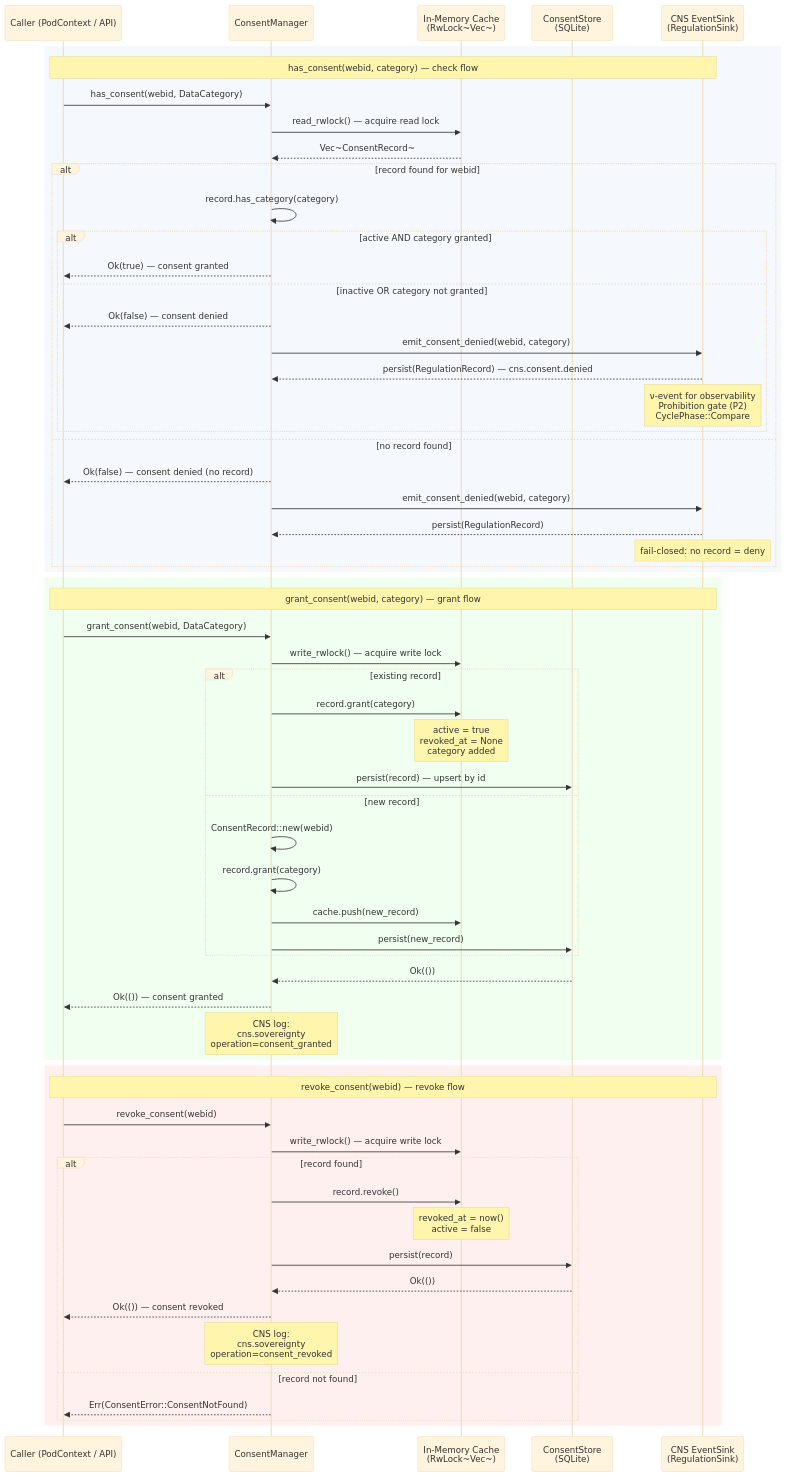
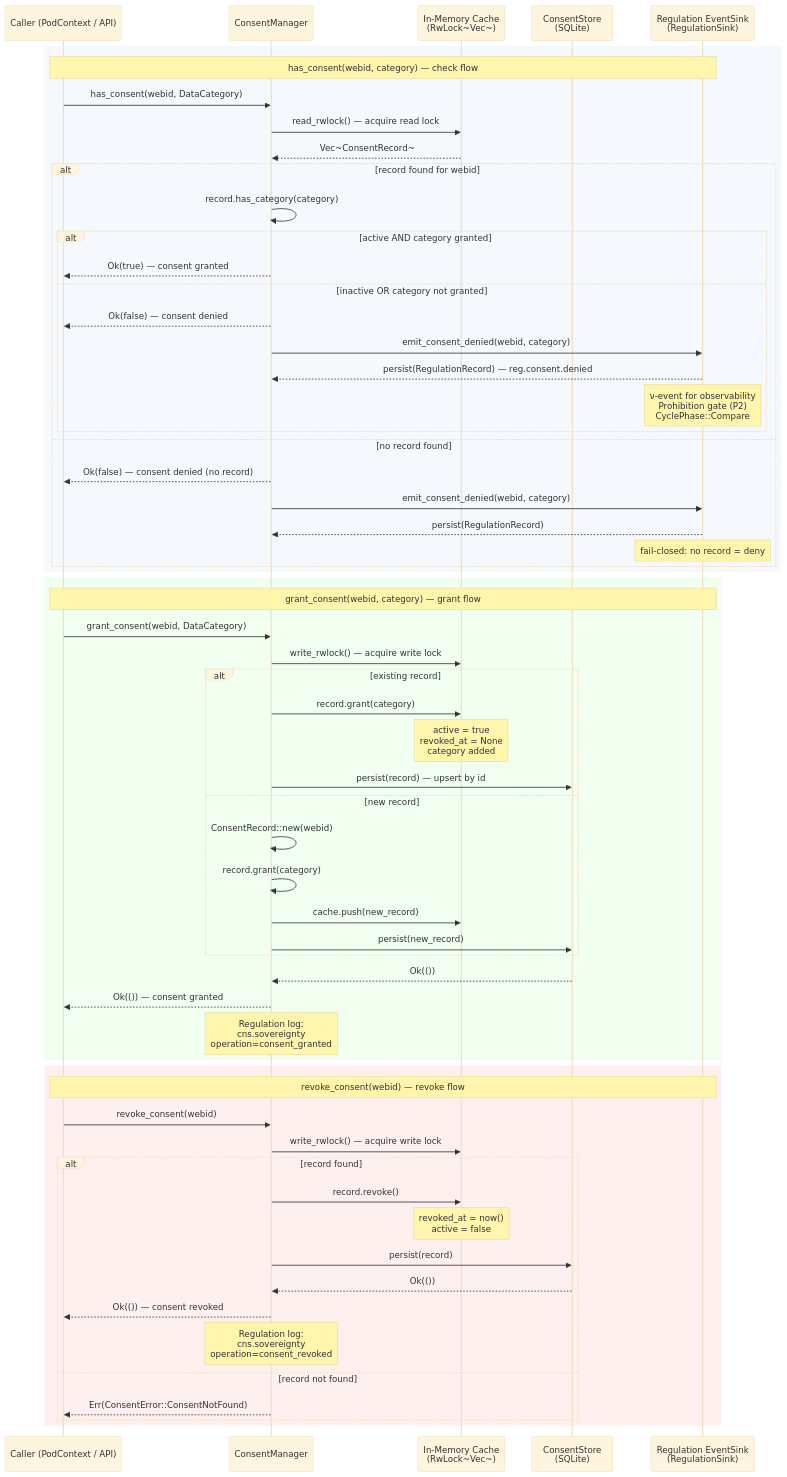
One commit to mdz-axo/hKask changed the fourth of 6 diagrams in docs/explanation/sovereignty-and-ocap.md. Above: the diagram before and after it, drawn with Mermaid (base theme). The commit also changed other lines of this file and 68 other files, not shown here.

First line of the commit message:
Rename CNS to Regulation across docs

````diff
--- a/docs/explanation/sovereignty-and-ocap.md
+++ b/docs/explanation/sovereignty-and-ocap.md
@@ -351,76 +351,76 @@
 ```mermaid
 sequenceDiagram
     participant Caller as Caller (PodContext / API)
     participant CM as ConsentManager
     participant Cache as In-Memory Cache<br/>(RwLock~Vec~)
     participant Store as ConsentStore<br/>(SQLite)
-    participant CNS as CNS EventSink<br/>(RegulationSink)
+    participant Regulation as Regulation EventSink<br/>(RegulationSink)
 
     %% ── has_consent() check flow ──
     rect rgb(245, 248, 252)
-        Note over Caller,CNS: has_consent(webid, category) — check flow
+        Note over Caller,Regulation: has_consent(webid, category) — check flow
 
         Caller->>CM: has_consent(webid, DataCategory)
         CM->>Cache: read_rwlock() — acquire read lock
         Cache-->>CM: Vec~ConsentRecord~
 
         alt record found for webid
             CM->>CM: record.has_category(category)
             alt active AND category granted
                 CM-->>Caller: Ok(true) — consent granted
             else inactive OR category not granted
                 CM-->>Caller: Ok(false) — consent denied
-                CM->>CNS: emit_consent_denied(webid, category)
-                CNS-->>CM: persist(RegulationRecord) — cns.consent.denied
-                Note over CNS: ν-event for observability<br/>Prohibition gate (P2)<br/>CyclePhase::Compare
+                CM->>Regulation: emit_consent_denied(webid, category)
+                Regulation-->>CM: persist(RegulationRecord) — reg.consent.denied
+                Note over Regulation: ν-event for observability<br/>Prohibition gate (P2)<br/>CyclePhase::Compare
             end
         else no record found
             CM-->>Caller: Ok(false) — consent denied (no record)
-            CM->>CNS: emit_consent_denied(webid, category)
-            CNS-->>CM: persist(RegulationRecord)
-            Note over CNS: fail-closed: no record = deny
+            CM->>Regulation: emit_consent_denied(webid, category)
+            Regulation-->>CM: persist(RegulationRecord)
+            Note over Regulation: fail-closed: no record = deny
         end
     end
 
     %% ── grant_consent() flow ──
     rect rgb(240, 255, 240)
-        Note over Caller,CNS: grant_consent(webid, category) — grant flow
+        Note over Caller,Regulation: grant_consent(webid, category) — grant flow
 
         Caller->>CM: grant_consent(webid, DataCategory)
         CM->>Cache: write_rwlock() — acquire write lock
 
         alt existing record
             CM->>Cache: record.grant(category)
             Note over Cache: active = true<br/>revoked_at = None<br/>category added
             CM->>Store: persist(record) — upsert by id
         else new record
             CM->>CM: ConsentRecord::new(webid)
             CM->>CM: record.grant(category)
             CM->>Cache: cache.push(new_record)
             CM->>Store: persist(new_record)
         end
 
         Store-->>CM: Ok(())
         CM-->>Caller: Ok(()) — consent granted
-        Note over CM: CNS log:<br/>cns.sovereignty<br/>operation=consent_granted
+        Note over CM: Regulation log:<br/>cns.sovereignty<br/>operation=consent_granted
     end
 
     %% ── revoke_consent() flow ──
     rect rgb(255, 240, 240)
-        Note over Caller,CNS: revoke_consent(webid) — revoke flow
+        Note over Caller,Regulation: revoke_consent(webid) — revoke flow
 
         Caller->>CM: revoke_consent(webid)
         CM->>Cache: write_rwlock() — acquire write lock
 
         alt record found
             CM->>Cache: record.revoke()
             Note over Cache: revoked_at = now()<br/>active = false
             CM->>Store: persist(record)
             Store-->>CM: Ok(())
             CM-->>Caller: Ok(()) — consent revoked
-            Note over CM: CNS log:<br/>cns.sovereignty<br/>operation=consent_revoked
+            Note over CM: Regulation log:<br/>cns.sovereignty<br/>operation=consent_revoked
         else record not found
             CM-->>Caller: Err(ConsentError::ConsentNotFound)
         end
     end
 ```
````
